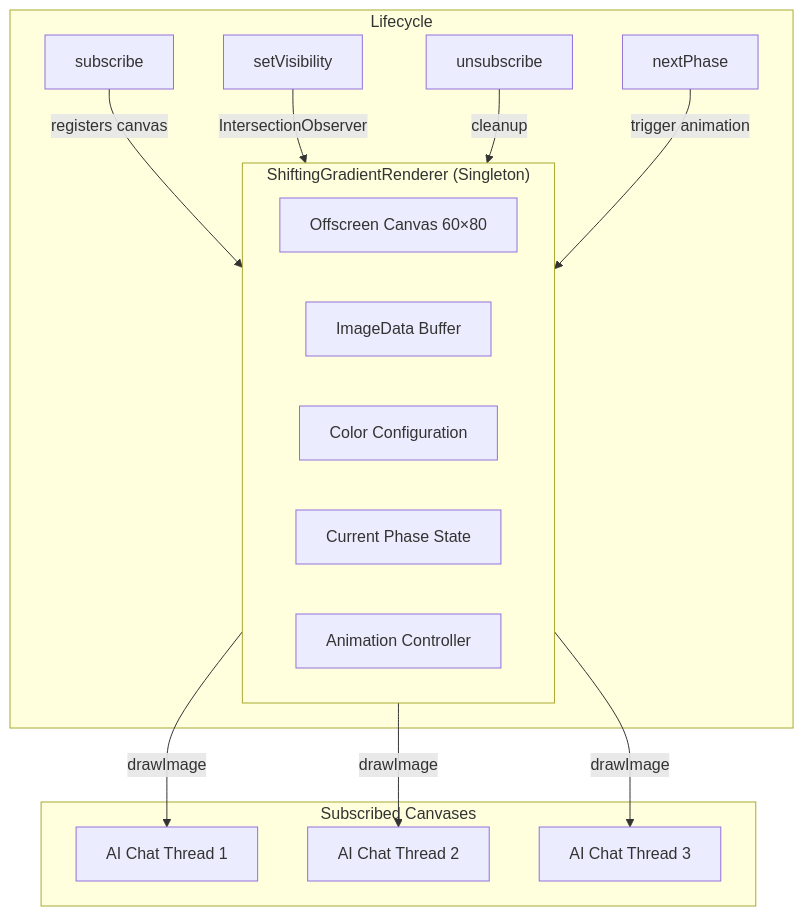
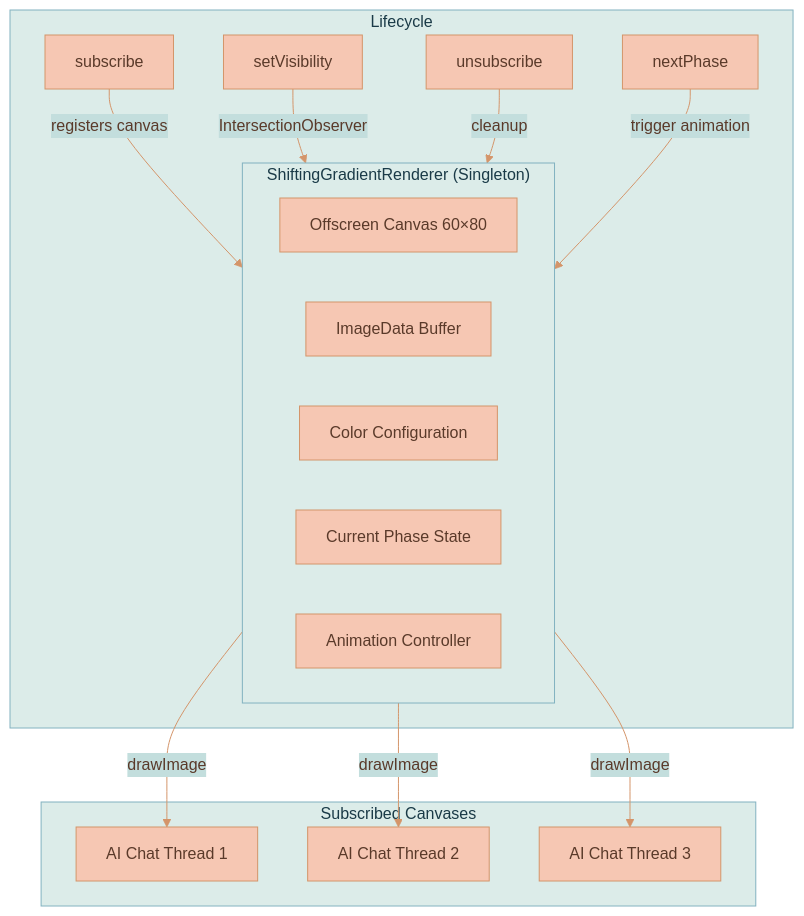
One commit to Lixpi/lixpi changed the second of 4 diagrams in documentation/features/SHIFTING-GRADIENT.md. Above: the diagram before and after it, drawn with Mermaid. The commit also changed other lines of this file and 27 other files, not shown here.

````diff
--- a/documentation/features/SHIFTING-GRADIENT.md
+++ b/documentation/features/SHIFTING-GRADIENT.md
@@ -57,27 +58,28 @@
 ```mermaid
+%%{init: {'theme': 'base', 'themeVariables': { 'primaryColor': '#F6C7B3', 'primaryTextColor': '#5a3a2a', 'primaryBorderColor': '#d4956a', 'secondaryColor': '#C3DEDD', 'secondaryTextColor': '#1a3a47', 'secondaryBorderColor': '#4a8a9d', 'tertiaryColor': '#DCECE9', 'tertiaryTextColor': '#1a3a47', 'tertiaryBorderColor': '#82B2C0', 'lineColor': '#d4956a', 'textColor': '#5a3a2a'}}}%%
 flowchart TB
     subgraph Singleton["ShiftingGradientRenderer (Singleton)"]
         OC[Offscreen Canvas 60×80]
         ID[ImageData Buffer]
         COLORS[Color Configuration]
         PHASE[Current Phase State]
         ANIM[Animation Controller]
     end
 
     subgraph Subscribers["Subscribed Canvases"]
         C1[AI Chat Thread 1]
         C2[AI Chat Thread 2]
         C3[AI Chat Thread 3]
     end
 
     subgraph Lifecycle
         SUB[subscribe] --> |registers canvas| Singleton
         VIS[setVisibility] --> |IntersectionObserver| Singleton
         UNSUB[unsubscribe] --> |cleanup| Singleton
         NEXT[nextPhase] --> |trigger animation| Singleton
     end
 
     Singleton --> |drawImage| C1
     Singleton --> |drawImage| C2
     Singleton --> |drawImage| C3
 ```
````
